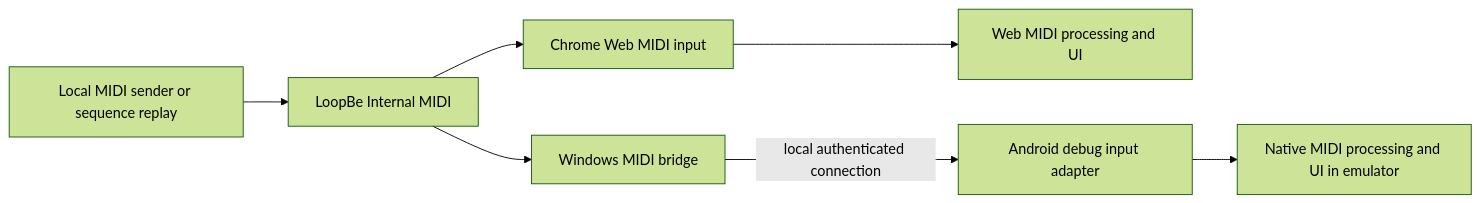
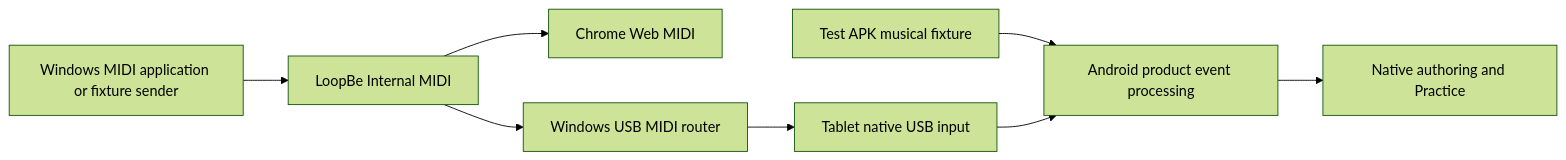
Before and after one commit to asherban/ChordViewer: the diagram in docs/architecture/local-midi-testing.md, drawn with Mermaid (forest theme). The commit also changed other lines of this file and 17 other files, not shown here.

Commit message:
Update MIDI workflows after retiring emulator bridge

````diff
--- a/docs/architecture/local-midi-testing.md
+++ b/docs/architecture/local-midi-testing.md
@@ -25,9 +7,10 @@
 ```mermaid
 flowchart LR
-    sender[Local MIDI sender or sequence replay] --> loop[LoopBe Internal MIDI]
-    loop --> web[Chrome Web MIDI input]
-    web --> webcore[Web MIDI processing and UI]
-    loop --> bridge[Windows MIDI bridge]
-    bridge -->|local authenticated connection| adapter[Android debug input adapter]
-    adapter --> native[Native MIDI processing and UI in emulator]
+    sender[Windows MIDI application or fixture sender] --> loop[LoopBe Internal MIDI]
+    loop --> web[Chrome Web MIDI]
+    loop --> router[Windows USB MIDI router]
+    router --> tablet[Tablet native USB input]
+    fixture[Test APK musical fixture] --> model[Android product event processing]
+    tablet --> model
+    model --> native[Native authoring and Practice]
 ```
````
